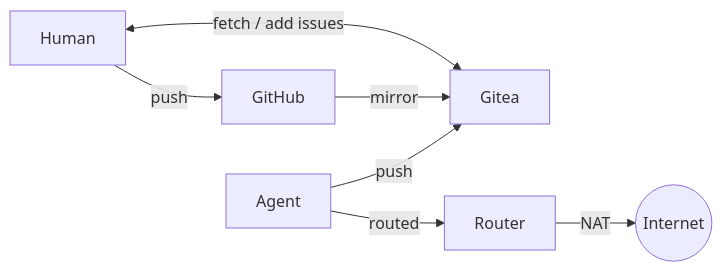
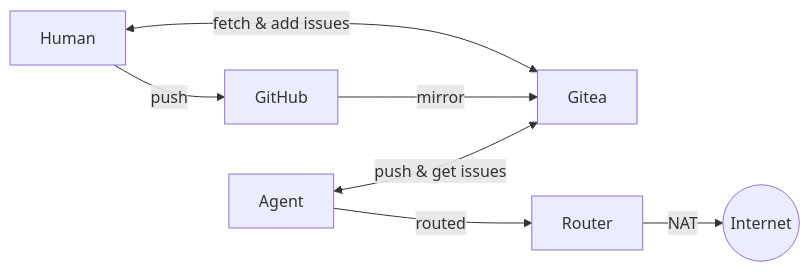
The diagram in README.md (joaopn/agentic-dev-sandbox), drawn with Mermaid before and after one commit. The commit also changed other lines of this file and 9 other files, not shown here.

````diff
--- a/README.md
+++ b/README.md
@@ -9,8 +9,8 @@
 ```mermaid
 graph LR
     Human -->|push| GitHub
-    Human <-->|fetch / add issues| Gitea
+    Human <-->|fetch & add issues| Gitea
     GitHub -->|mirror| Gitea
-    Agent -->|push| Gitea
+    Agent <-->|push & get issues| Gitea
     Agent -->|routed| Router -->|NAT| Web((Internet))
 ```
````
